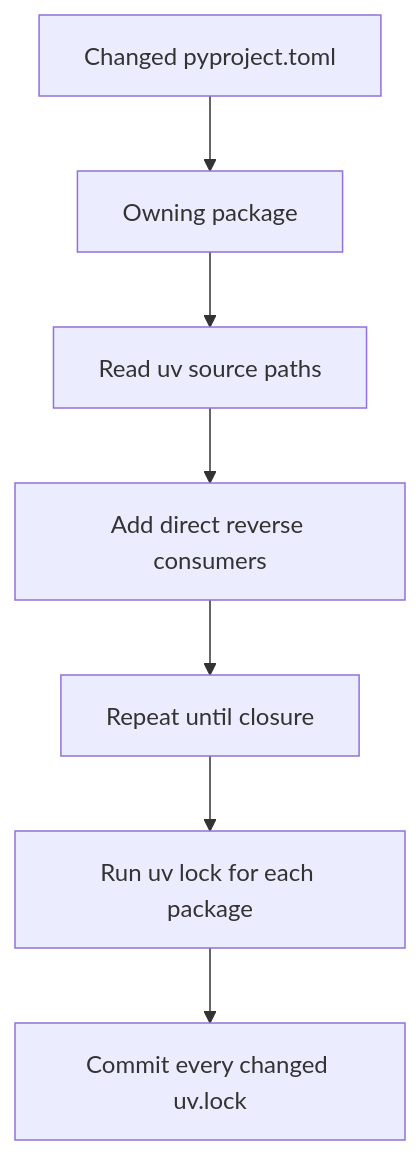
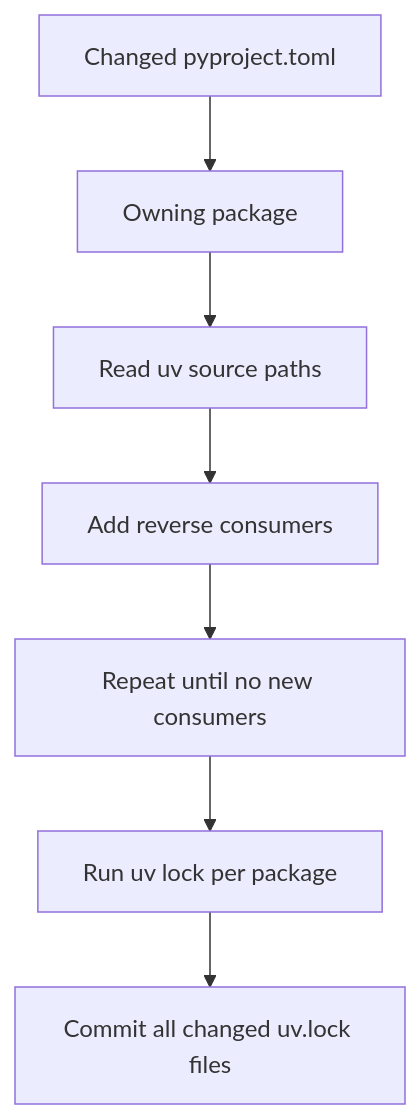
The second of 2 diagrams in openwiki/architecture/overview.md (langchain-ai/deepagents), drawn with Mermaid before and after one commit. The commit also changed other lines of this file and 17 other files, not shown here.

````diff
--- a/openwiki/architecture/overview.md
+++ b/openwiki/architecture/overview.md
@@ -157,9 +146,9 @@
 ```mermaid
 flowchart TD
   Changed["Changed pyproject.toml"] --> Owner["Owning package"]
   Owner --> Scan["Read uv source paths"]
-  Scan --> Consumers["Add direct reverse consumers"]
-  Consumers --> Closure["Repeat until closure"]
-  Closure --> Lock["Run uv lock for each package"]
-  Lock --> Commit["Commit every changed uv.lock"]
+  Scan --> Direct["Add reverse consumers"]
+  Direct --> Repeat["Repeat until no new consumers"]
+  Repeat --> Lock["Run uv lock per package"]
+  Lock --> Commit["Commit all changed uv.lock files"]
 ```
````
